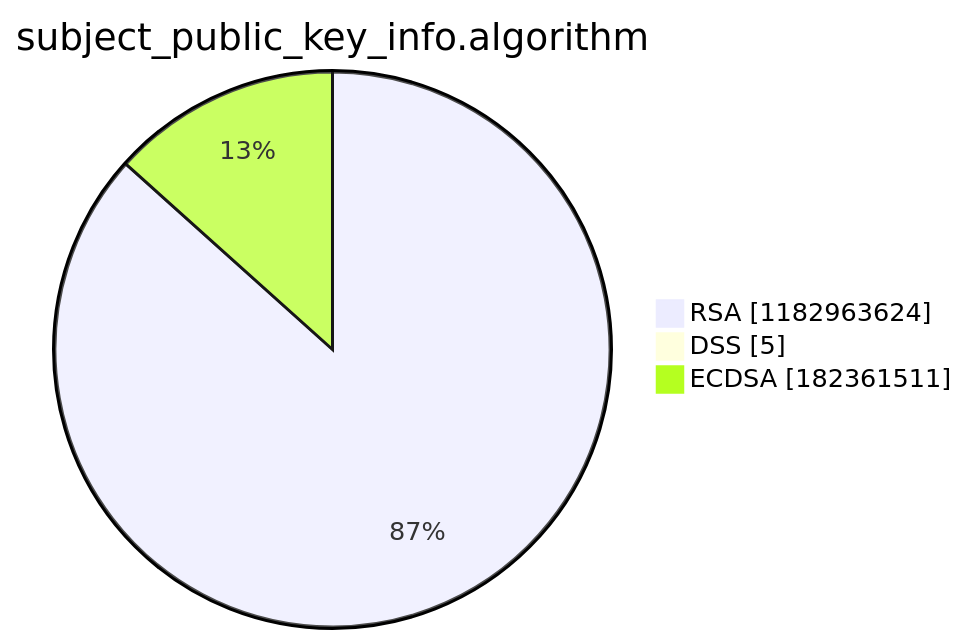
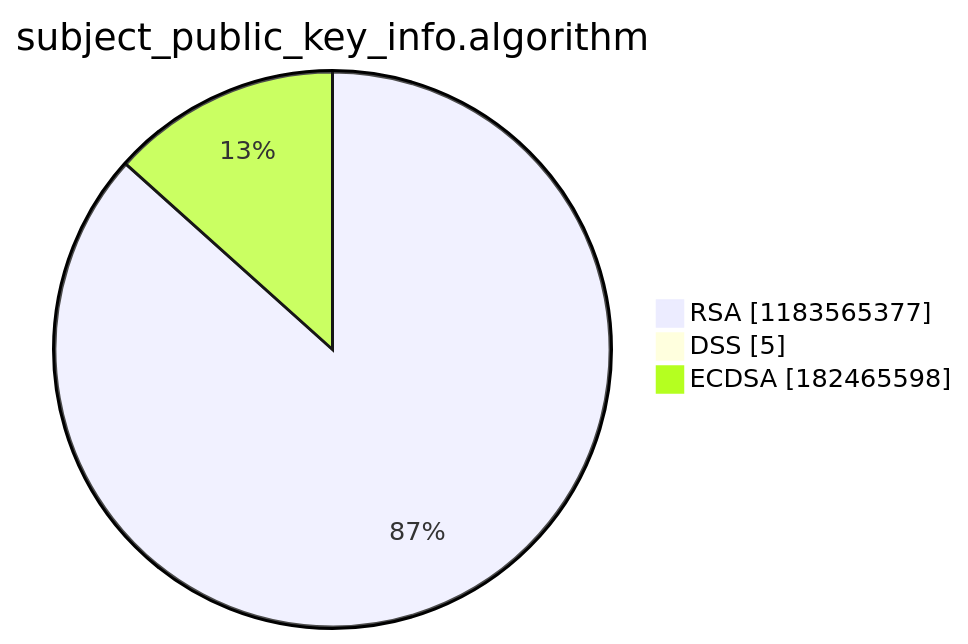
One commit to christiankrug/ctmonitor_visualization changed the third of 15 diagrams in argon2022/README.md. Above: the diagram before and after it, drawn with Mermaid. The commit also changed other lines of this file, not shown here.

````diff
--- a/argon2022/README.md
+++ b/argon2022/README.md
@@ -14,7 +14,7 @@
 ```mermaid
 pie showData
 title subject_public_key_info.algorithm
-"RSA" :1182963624
+"RSA" :1183565377
 "DSS" :5
-"ECDSA" :182361511
+"ECDSA" :182465598
 ```
````
